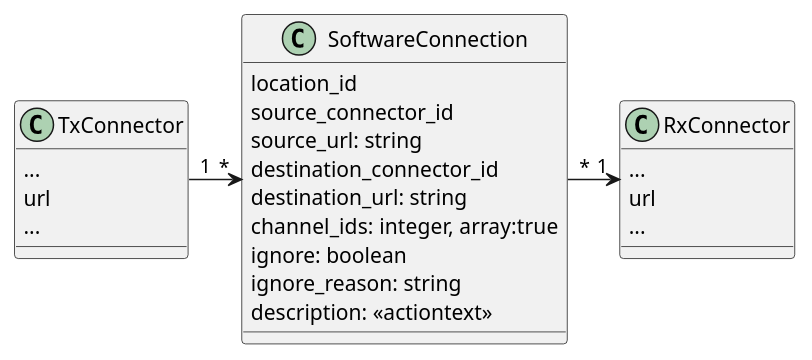
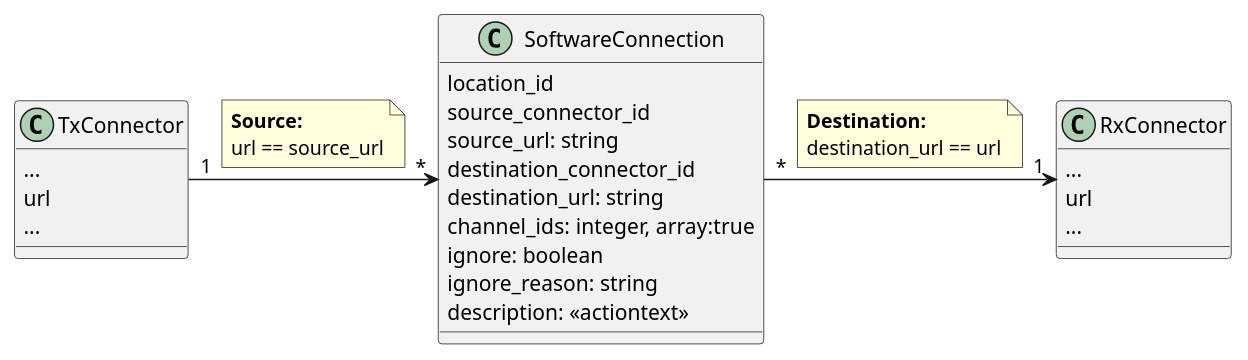
Before and after one commit to swobspace/mirco: the diagram in public/docs/dev-notes/_images/software-connections.puml, drawn with PlantUML. The commit also changed 3 other files, not shown here.

```diff
--- a/public/docs/dev-notes/_images/software-connections.puml
+++ b/public/docs/dev-notes/_images/software-connections.puml
@@ -1,29 +1,37 @@
 @startuml
 
 class TxConnector {
   ...
   url
   ...
 }
 
 class SoftwareConnection {
   location_id
   source_connector_id
   source_url: string
   destination_connector_id
   destination_url: string
   channel_ids: integer, array:true
   ignore: boolean
   ignore_reason: string
   description: <<actiontext>>
 }
 
 class RxConnector {
   ...
   url
   ...
 }
 
 TxConnector "1" -> "*" SoftwareConnection
+note on link
+**Source:**
+url == source_url
+end note
 SoftwareConnection "*" -> "1" RxConnector
+note on link
+**Destination:**
+destination_url == url
+end note
 @enduml
```
